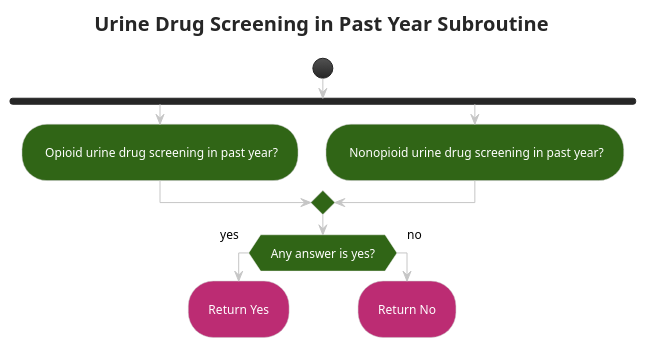
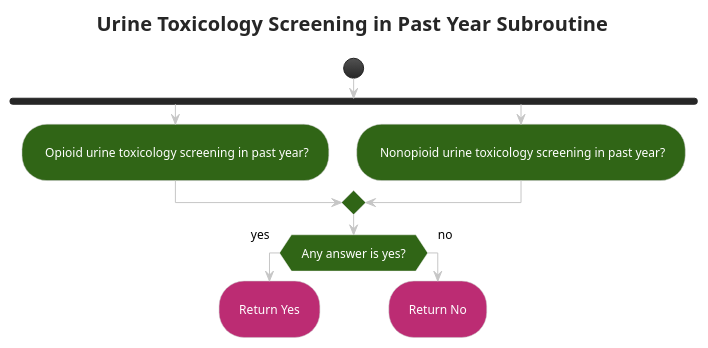
The diagram in input/images-source/subroutine_uds_past_year.plantuml (cqframework/opioid-cds-r4), drawn with PlantUML before and after one commit. The commit also changed 8 other files, not shown here.

```diff
--- a/input/images-source/subroutine_uds_past_year.plantuml
+++ b/input/images-source/subroutine_uds_past_year.plantuml
@@ -1,29 +1,29 @@
 @startuml subroutine_uds_past_year
 !theme carbon-gray
 skinparam ActivityBackgroundColor #306516
 <style>
 activityDiagram {
  FontColor white
  RoundCorner 50
  arrow {
   FontColor: Black
  }
  diamond {
   BackgroundColor #306516
  }
 }
 </style>
-title Urine Drug Screening in Past Year Subroutine
+title Urine Toxicology Screening in Past Year Subroutine
 start
 fork
-: Opioid urine drug screening in past year?;
+: Opioid urine toxicology screening in past year?;
 fork again
-: Nonopioid urine drug screening in past year?;
+: Nonopioid urine toxicology screening in past year?;
 end merge
 if (Any answer is yes?) then (yes)
 #BC2C73:Return Yes;
 kill
 else (no)
 #BC2C73:Return No;
 kill
 @enduml
```
